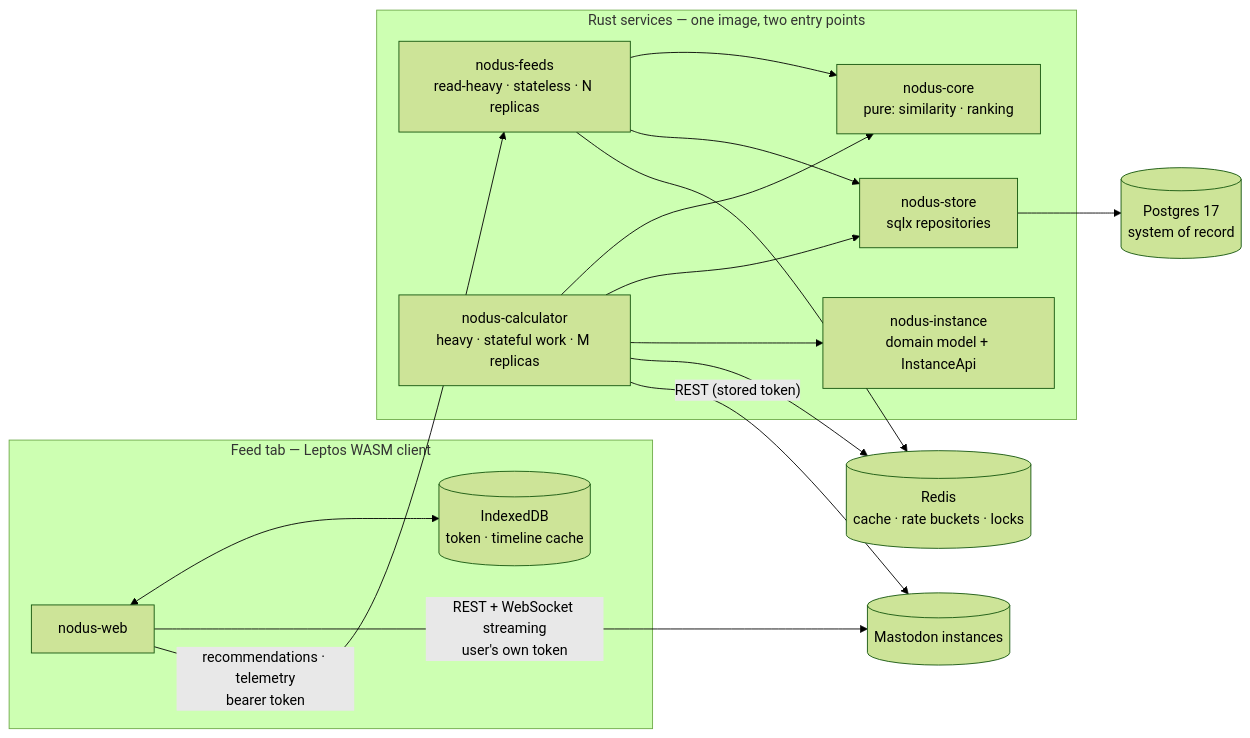
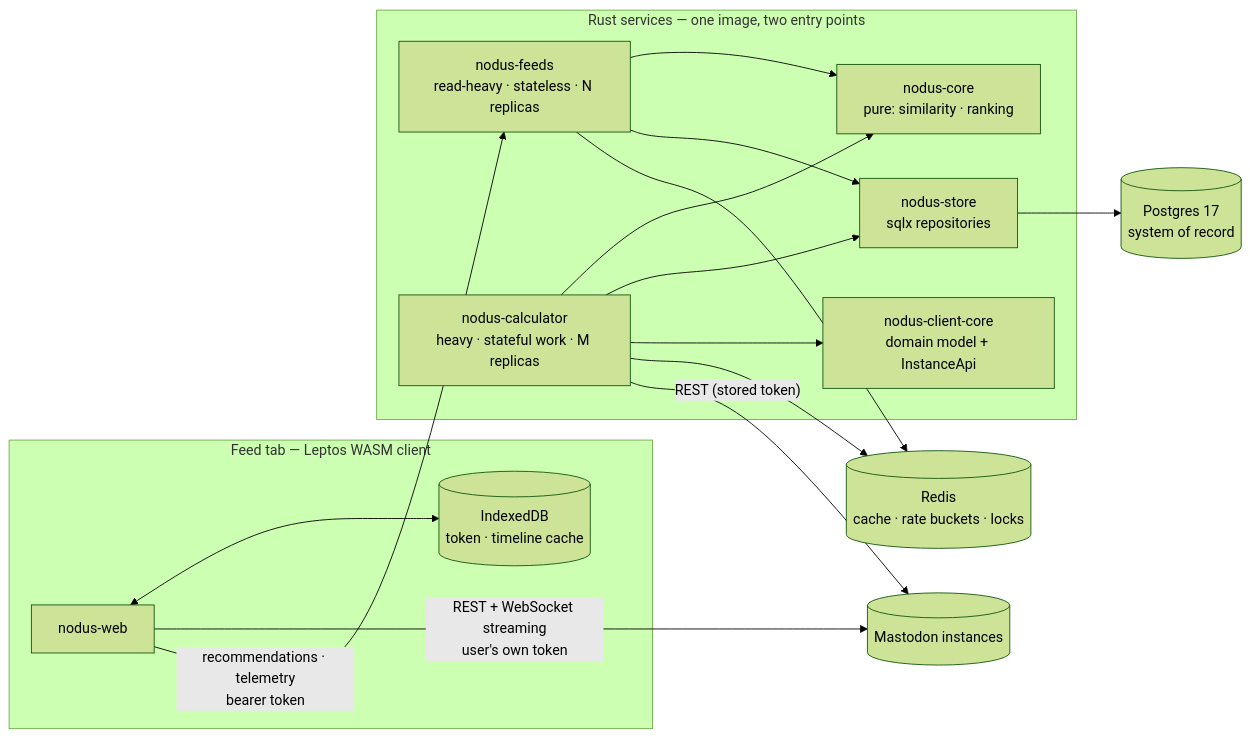
Before and after one commit to Luxuride/nodus-recommender: the diagram in docs/02-architecture.md, drawn with Mermaid (forest theme). The commit also changed other lines of this file and 3 other files, not shown here.

````diff
--- a/docs/02-architecture.md
+++ b/docs/02-architecture.md
@@ -12,27 +12,27 @@
 ```mermaid
 flowchart LR
     subgraph browser["Feed tab — Leptos WASM client"]
         WEB["nodus-web"]
         IDB[("IndexedDB<br/>token · timeline cache")]
         WEB <--> IDB
     end
     WEB -->|"REST + WebSocket streaming<br/>user's own token"| M[(Mastodon instances)]
     WEB -->|"recommendations · telemetry<br/>bearer token"| FEEDS
 
     subgraph svc["Rust services — one image, two entry points"]
         FEEDS["nodus-feeds<br/>read-heavy · stateless · N replicas"]
         CALC["nodus-calculator<br/>heavy · stateful work · M replicas"]
         CORE["nodus-core<br/>pure: similarity · ranking"]
         STORE["nodus-store<br/>sqlx repositories"]
         FEEDS --> CORE
         FEEDS --> STORE
         CALC --> CORE
         CALC --> STORE
-        CALC --> MC["nodus-instance<br/>domain model + InstanceApi"]
+        CALC --> MC["nodus-client-core<br/>domain model + InstanceApi"]
     end
 
     STORE --> DB[(Postgres 17<br/>system of record)]
     FEEDS --> R[(Redis<br/>cache · rate buckets · locks)]
     CALC --> R
     CALC -->|"REST (stored token)"| M
 ```
````
